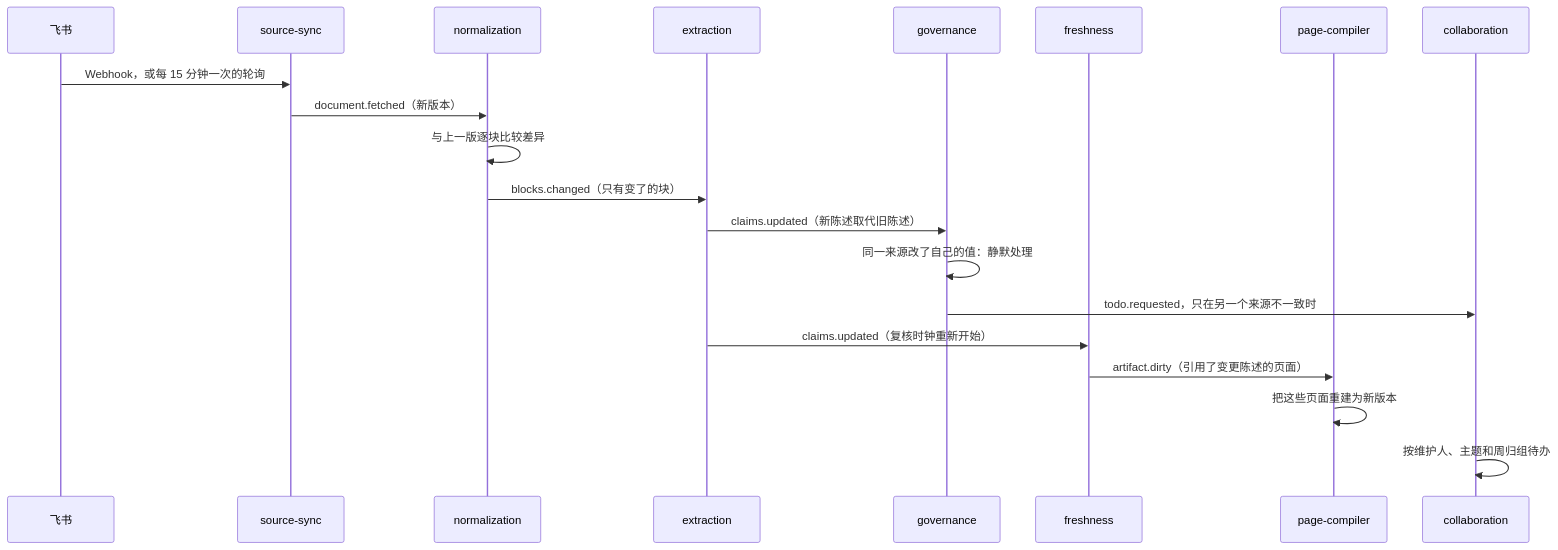
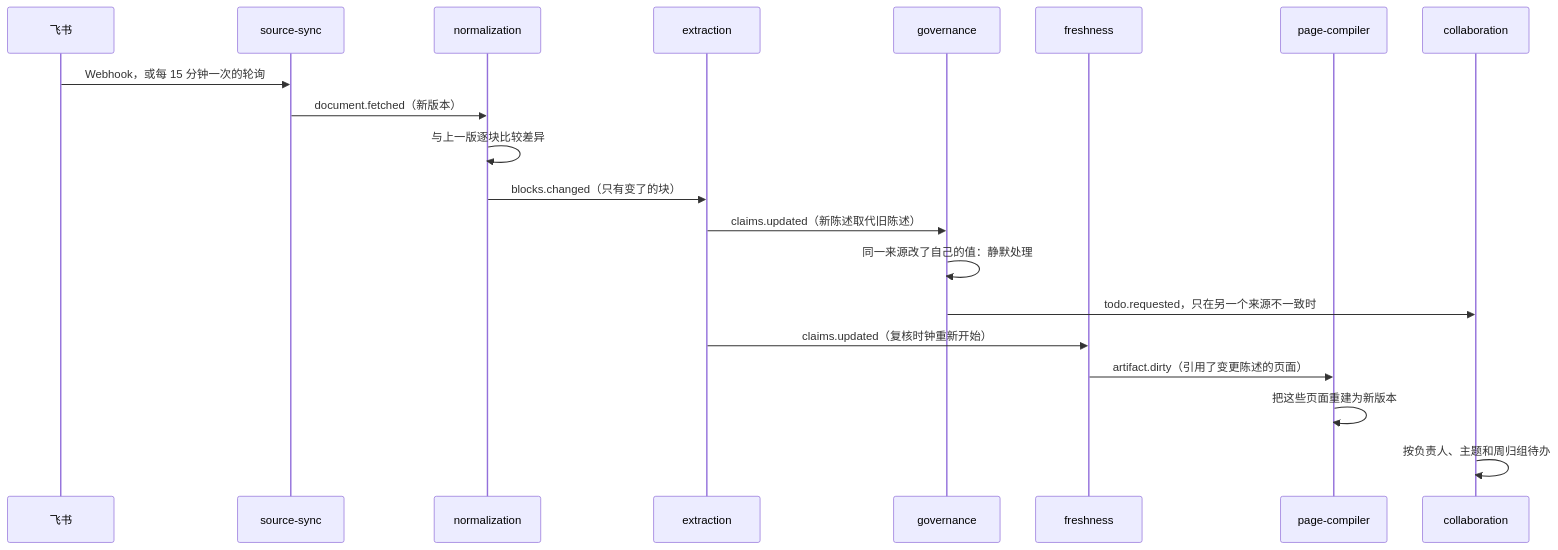
The fourth of 9 diagrams in docs/zh/overview.md (AngelMsger/Inspiration), drawn with Mermaid before and after one commit. The commit also changed other lines of this file and 24 other files, not shown here.

````diff
--- a/docs/zh/overview.md
+++ b/docs/zh/overview.md
@@ -190,22 +190,22 @@
 ```mermaid
 sequenceDiagram
   participant F as 飞书
   participant SY as source-sync
   participant N as normalization
   participant X as extraction
   participant G as governance
   participant FR as freshness
   participant PC as page-compiler
   participant CO as collaboration
   F->>SY: Webhook，或每 15 分钟一次的轮询
   SY->>N: document.fetched（新版本）
   N->>N: 与上一版逐块比较差异
   N->>X: blocks.changed（只有变了的块）
   X->>G: claims.updated（新陈述取代旧陈述）
   G->>G: 同一来源改了自己的值：静默处理
   G->>CO: todo.requested，只在另一个来源不一致时
   X->>FR: claims.updated（复核时钟重新开始）
   FR->>PC: artifact.dirty（引用了变更陈述的页面）
   PC->>PC: 把这些页面重建为新版本
-  CO->>CO: 按维护人、主题和周归组待办
+  CO->>CO: 按负责人、主题和周归组待办
 ```
````
